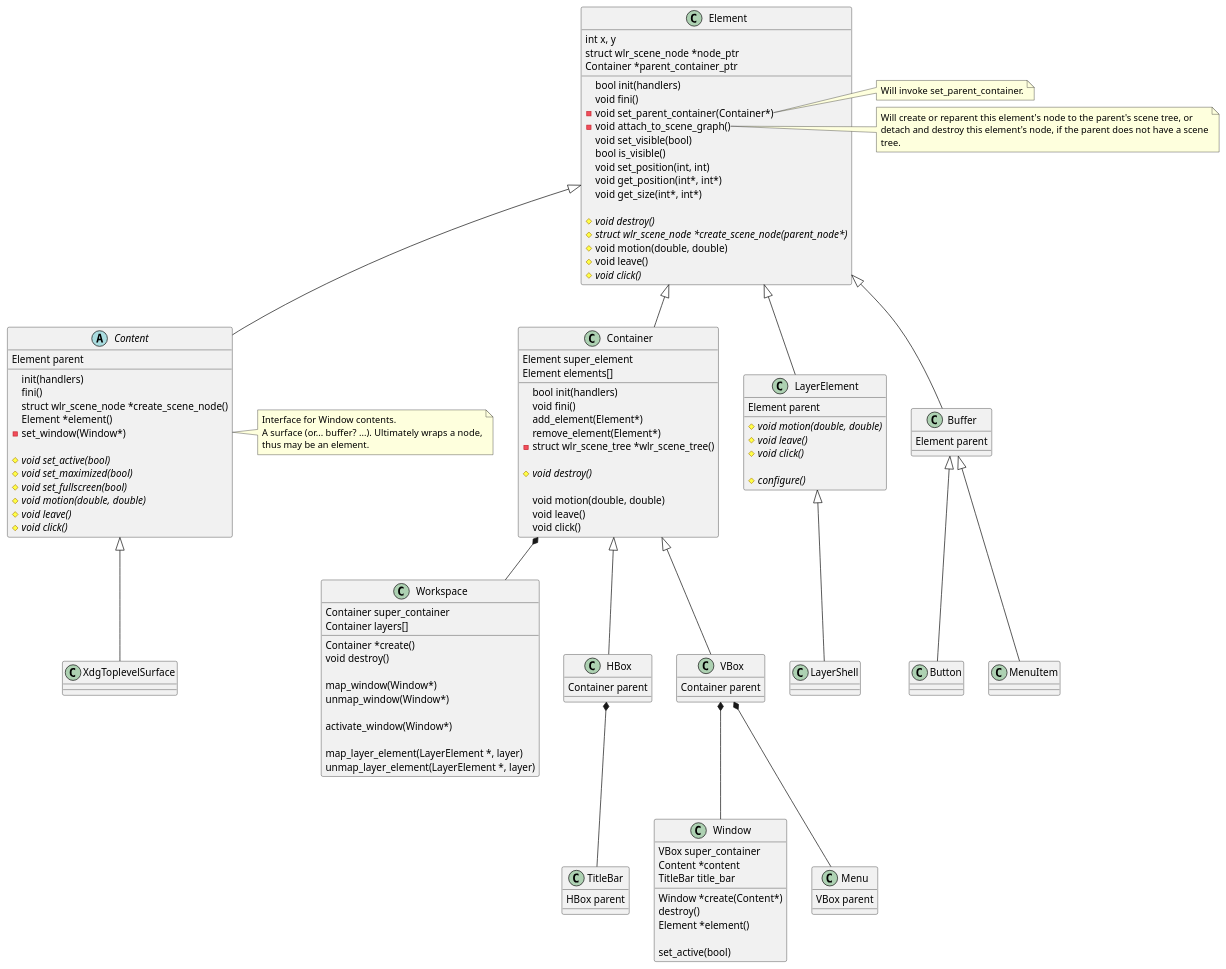
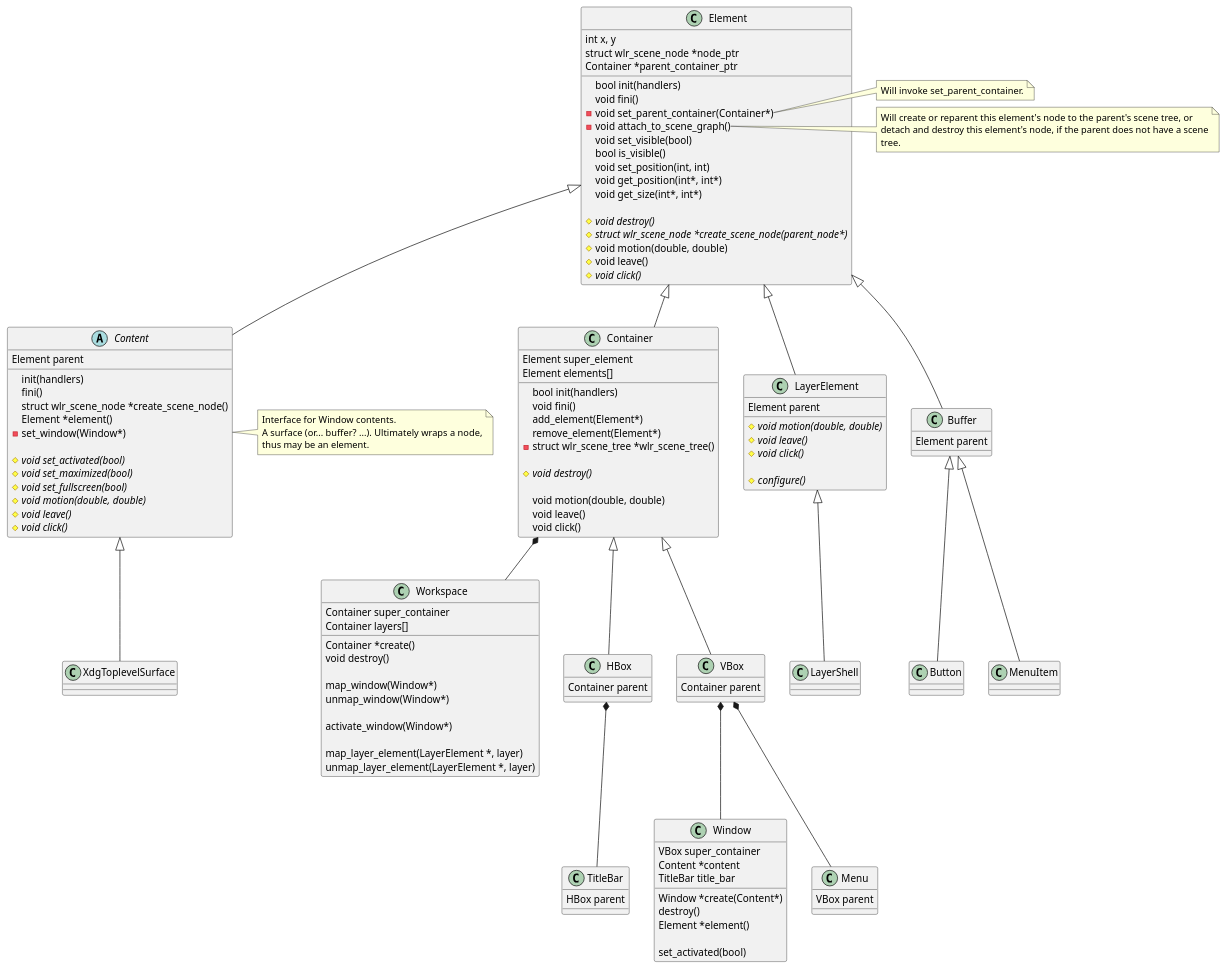
The first of 2 diagrams in src/toolkit/toolkit.md (phkaeser/wlmaker), drawn with PlantUML before and after one commit. The commit also changed 6 other files, not shown here.

Commit message:
Renames toolkit's 'active' to 'activated' throughout.

```diff
--- a/src/toolkit/toolkit.md
+++ b/src/toolkit/toolkit.md
@@ -112,7 +112,7 @@
   Element *element()
   -set_window(Window*)
 
-  {abstract}#void set_active(bool)
+  {abstract}#void set_activated(bool)
   {abstract}#void set_maximized(bool)
   {abstract}#void set_fullscreen(bool)
   {abstract}#void motion(double, double)
@@ -164,7 +164,7 @@
   destroy()
   Element *element()
 
-  set_active(bool)
+  set_activated(bool)
 }
 VBox *-- Window
 
```
